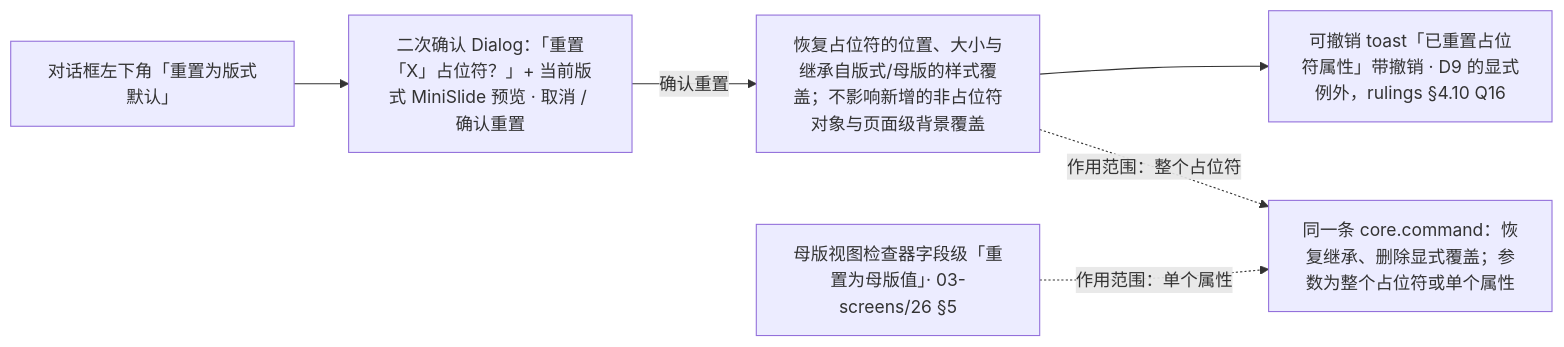
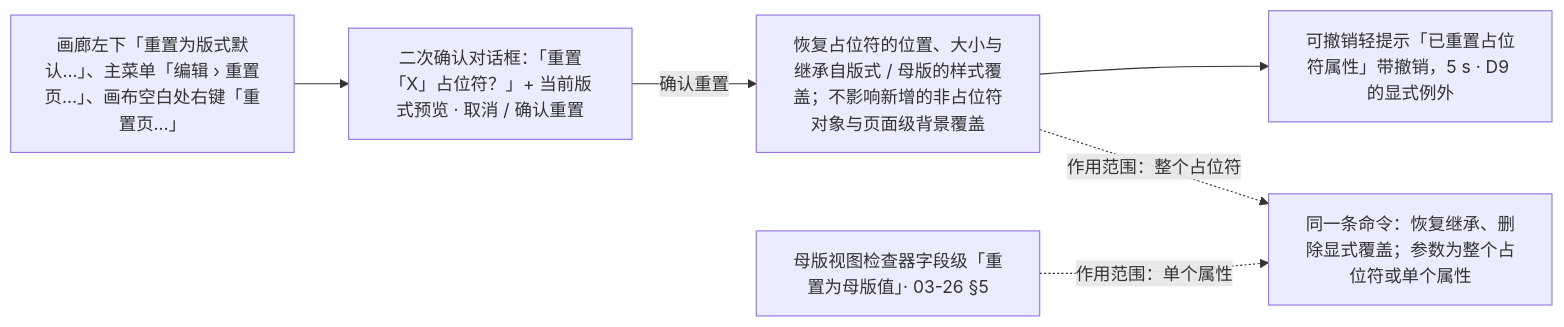
Before and after one commit to Xeonice/cordis-ppt-editor: the third of 3 diagrams in docs/20-design/03-screens/27-layout-picker-and-reset.md, drawn with Mermaid. The commit also changed other lines of this file and 44 other files, not shown here.

````diff
--- a/docs/20-design/03-screens/27-layout-picker-and-reset.md
+++ b/docs/20-design/03-screens/27-layout-picker-and-reset.md
@@ -84,13 +165,13 @@
 ```mermaid
 flowchart LR
-  r0["对话框左下角「重置为版式默认」"]
-  r1["二次确认 Dialog：「重置「X」占位符？」+ 当前版式 MiniSlide 预览 · 取消 / 确认重置"]
-  r2["恢复占位符的位置、大小与继承自版式/母版的样式覆盖；不影响新增的非占位符对象与页面级背景覆盖"]
-  r3["可撤销 toast「已重置占位符属性」带撤销 · D9 的显式例外，rulings §4.10 Q16"]
-  mv["母版视图检查器字段级「重置为母版值」· 03-screens/26 §5"]
-  cmd["同一条 core.command：恢复继承、删除显式覆盖；参数为整个占位符或单个属性"]
+  r0["画廊左下「重置为版式默认…」、主菜单「编辑 › 重置页…」、画布空白处右键「重置页…」"]
+  r1["二次确认对话框：「重置「X」占位符？」+ 当前版式预览 · 取消 / 确认重置"]
+  r2["恢复占位符的位置、大小与继承自版式 / 母版的样式覆盖；不影响新增的非占位符对象与页面级背景覆盖"]
+  r3["可撤销轻提示「已重置占位符属性」带撤销，5 s · D9 的显式例外"]
+  mv["母版视图检查器字段级「重置为母版值」· 03-26 §5"]
+  cmd["同一条命令：恢复继承、删除显式覆盖；参数为整个占位符或单个属性"]
   r0 --> r1
   r1 -->|"确认重置"| r2 --> r3
   r2 -.->|"作用范围：整个占位符"| cmd
   mv -.->|"作用范围：单个属性"| cmd
 ```
````
